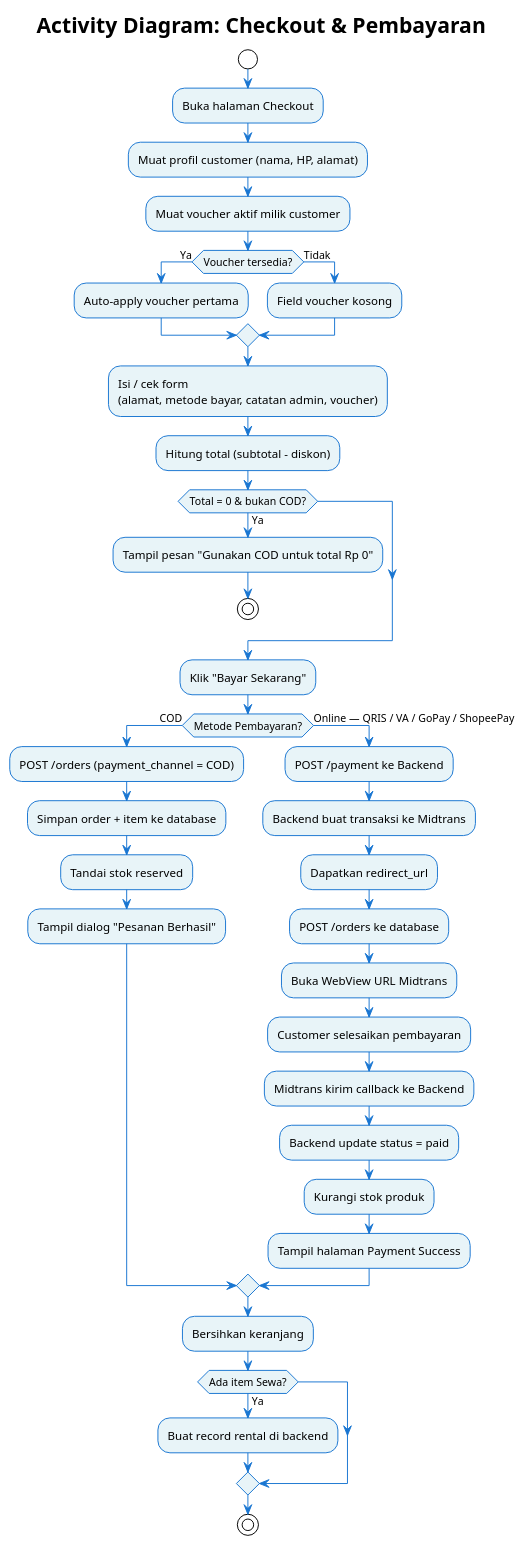
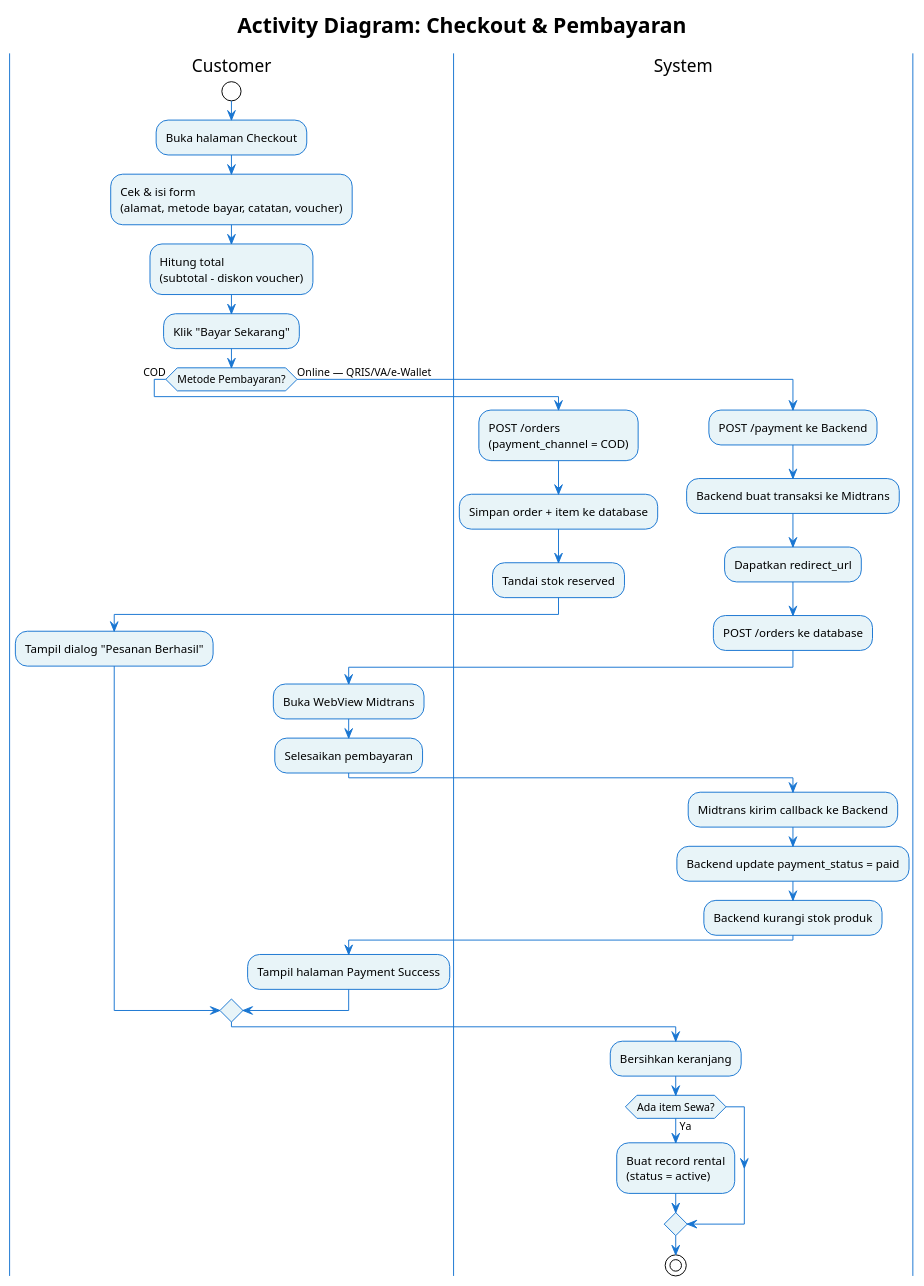
The diagram in diagrams/activity/03_checkout_transaksi_activity.puml (IlhamMaulana13/Project3-SitemApkOrderGalon), drawn with PlantUML before and after one commit. The commit also changed 11 other files, not shown here.

```diff
--- a/diagrams/activity/03_checkout_transaksi_activity.puml
+++ b/diagrams/activity/03_checkout_transaksi_activity.puml
@@ -1,55 +1,48 @@
 @startuml AD_Checkout_Transaksi
 !theme plain
 title Activity Diagram: Checkout & Pembayaran
 skinparam ArrowColor #1976D2
 skinparam ActivityBackgroundColor #E8F4F8
 skinparam ActivityBorderColor #1976D2
+skinparam SwimlaneBorderColor #1976D2
 
+|Customer|
 start
 :Buka halaman Checkout;
-:Muat profil customer (nama, HP, alamat);
-:Muat voucher aktif milik customer;
-
-if (Voucher tersedia?) then (Ya)
-    :Auto-apply voucher pertama;
-else (Tidak)
-    :Field voucher kosong;
-endif
-
-:Isi / cek form\n(alamat, metode bayar, catatan admin, voucher);
-:Hitung total (subtotal - diskon);
-
-if (Total = 0 & bukan COD?) then (Ya)
-    :Tampil pesan "Gunakan COD untuk total Rp 0";
-    stop
-endif
-
+:Cek & isi form\n(alamat, metode bayar, catatan, voucher);
+:Hitung total\n(subtotal - diskon voucher);
 :Klik "Bayar Sekarang";
 
 if (Metode Pembayaran?) then (COD)
-    :POST /orders (payment_channel = COD);
+    |System|
+    :POST /orders\n(payment_channel = COD);
     :Simpan order + item ke database;
     :Tandai stok reserved;
+    |Customer|
     :Tampil dialog "Pesanan Berhasil";
 
-else (Online — QRIS / VA / GoPay / ShopeePay)
+else (Online — QRIS/VA/e-Wallet)
+    |System|
     :POST /payment ke Backend;
     :Backend buat transaksi ke Midtrans;
     :Dapatkan redirect_url;
     :POST /orders ke database;
-    :Buka WebView URL Midtrans;
-    :Customer selesaikan pembayaran;
+    |Customer|
+    :Buka WebView Midtrans;
+    :Selesaikan pembayaran;
+    |System|
     :Midtrans kirim callback ke Backend;
-    :Backend update status = paid;
-    :Kurangi stok produk;
+    :Backend update payment_status = paid;
+    :Backend kurangi stok produk;
+    |Customer|
     :Tampil halaman Payment Success;
 endif
 
+|System|
 :Bersihkan keranjang;
-
 if (Ada item Sewa?) then (Ya)
-    :Buat record rental di backend;
+    :Buat record rental\n(status = active);
 endif
 
 stop
 @enduml
```
